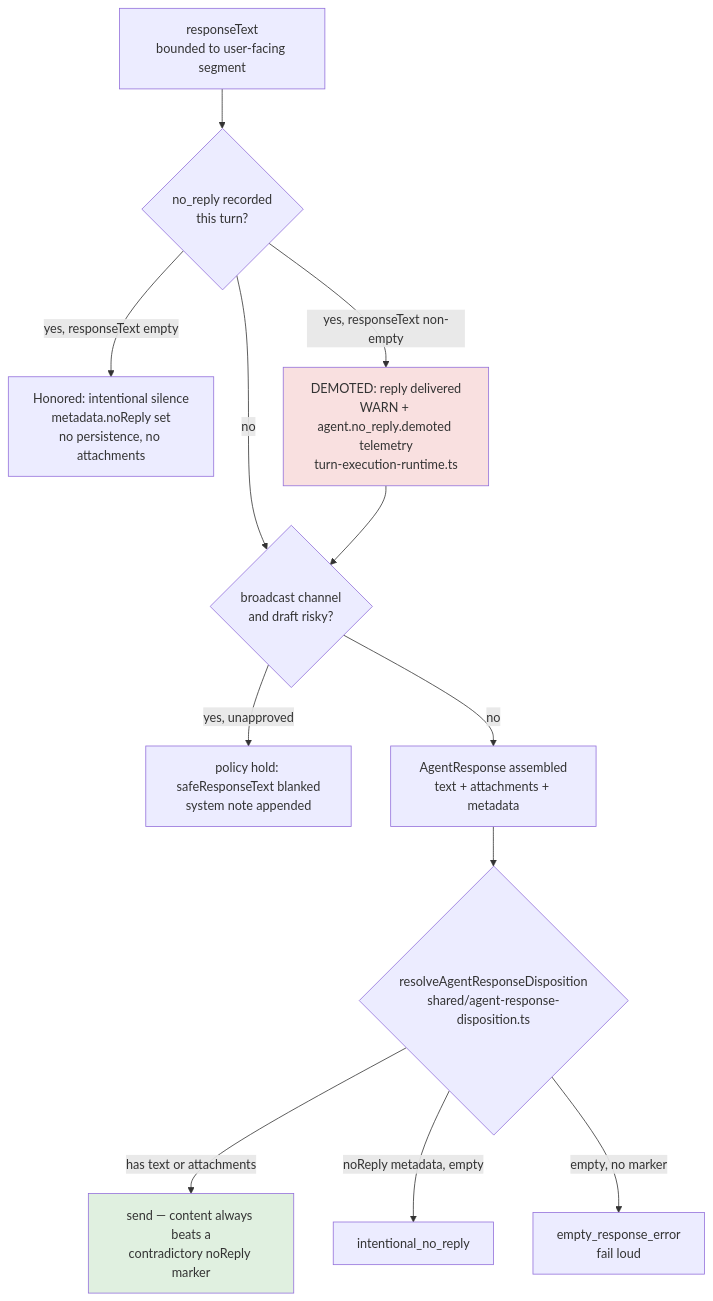
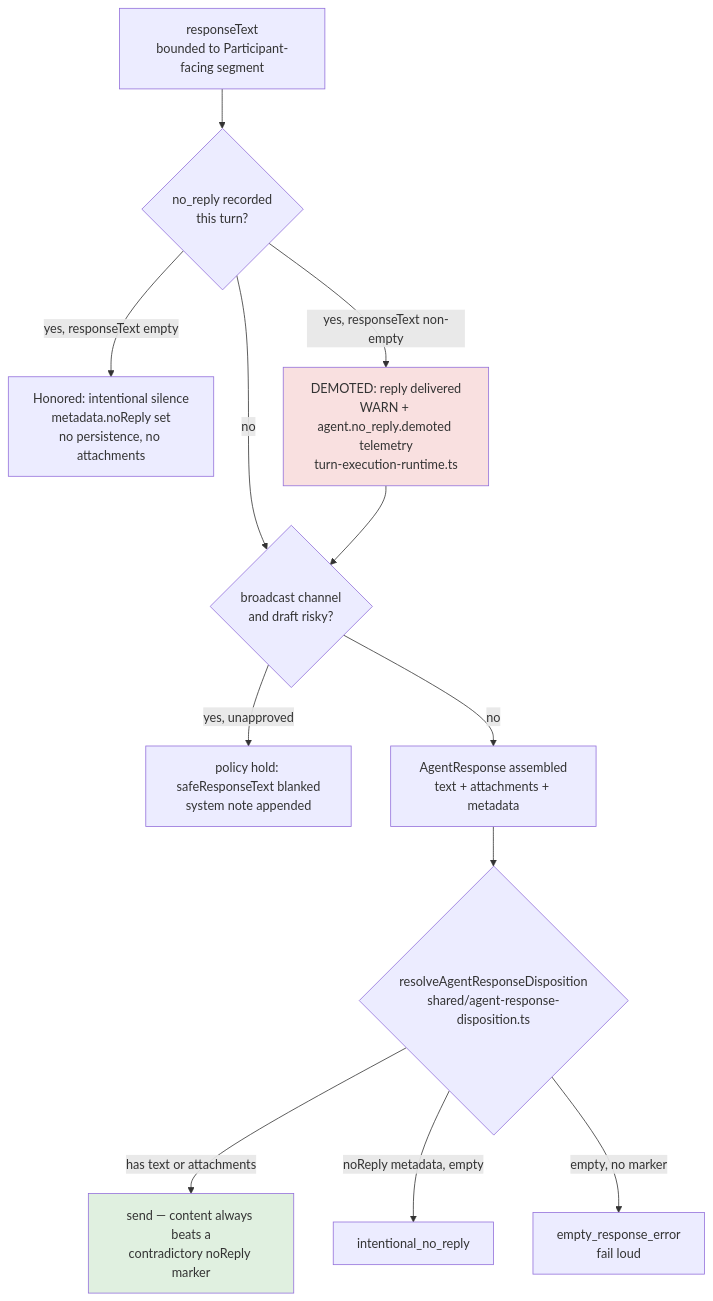
One commit to CGIC-AI/psfn-framework changed the third of 4 diagrams in docs/chat-turn-lifecycle.md. Above: the diagram before and after it, drawn with Mermaid. The commit also changed other lines of this file and 111 other files, not shown here.

````diff
--- a/docs/chat-turn-lifecycle.md
+++ b/docs/chat-turn-lifecycle.md
@@ -94,17 +94,17 @@
 ```mermaid
 flowchart TD
-    RT[responseText<br/>bounded to user-facing segment] --> NR{no_reply recorded<br/>this turn?}
+    RT[responseText<br/>bounded to Participant-facing segment] --> NR{no_reply recorded<br/>this turn?}
     NR -->|no| BC
     NR -->|yes, responseText empty| HONOR[Honored: intentional silence<br/>metadata.noReply set<br/>no persistence, no attachments]
     NR -->|yes, responseText non-empty| DEMOTE[DEMOTED: reply delivered<br/>WARN + agent.no_reply.demoted telemetry<br/>turn-execution-runtime.ts]
     DEMOTE --> BC{broadcast channel<br/>and draft risky?}
     BC -->|yes, unapproved| HELD[policy hold: safeResponseText blanked<br/>system note appended]
     BC -->|no| SEND[AgentResponse assembled<br/>text + attachments + metadata]
     SEND --> LM{resolveAgentResponseDisposition<br/>shared/agent-response-disposition.ts}
     LM -->|has text or attachments| DELIVER[send — content always beats a<br/>contradictory noReply marker]
     LM -->|noReply metadata, empty| SILENT[intentional_no_reply]
     LM -->|empty, no marker| ERR[empty_response_error<br/>fail loud]
 
     style DEMOTE fill:#f9e0e0
     style DELIVER fill:#e0f0e0
 ```
````
